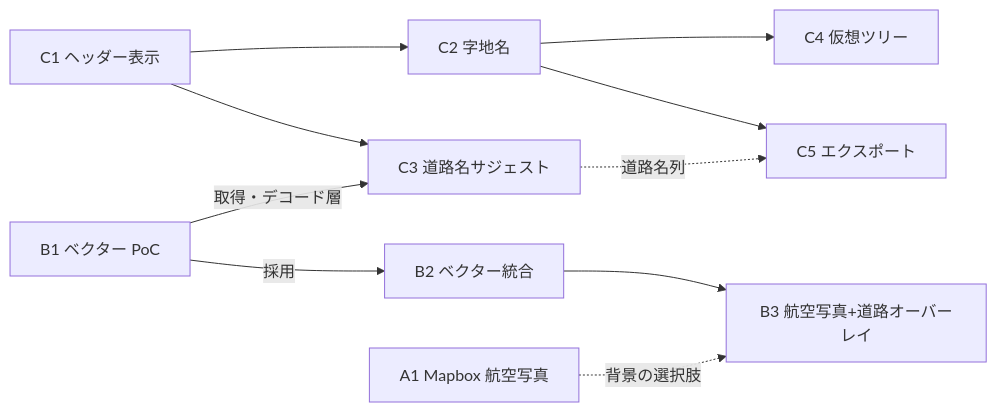
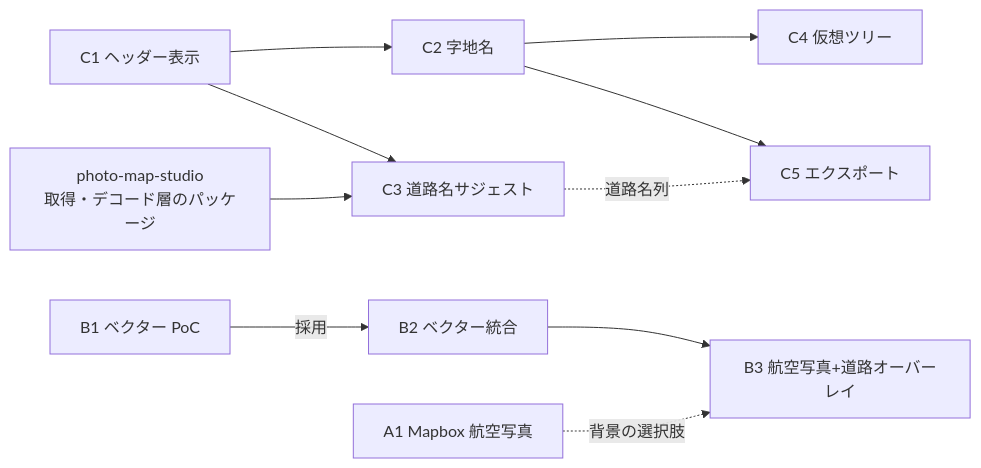
One commit to scottlz0310/PhotoGeoExplorer changed the diagram in docs/Architecture/MapEnhancement/README.md. Above: the diagram before and after it, drawn with Mermaid. The commit also changed other lines of this file and 2 other files, not shown here.

First line of the commit message:
docs(map): レビュー指摘を設計書に反映 (#290)

````diff
--- a/docs/Architecture/MapEnhancement/README.md
+++ b/docs/Architecture/MapEnhancement/README.md
@@ -44,13 +44,13 @@
 ```mermaid
 flowchart LR
     A1[A1 Mapbox 航空写真]
     C1[C1 ヘッダー表示] --> C2[C2 字地名]
     C1 --> C3[C3 道路名サジェスト]
     B1[B1 ベクター PoC] -->|採用| B2[B2 ベクター統合]
-    B1 -->|取得・デコード層| C3
+    PMS[photo-map-studio<br/>取得・デコード層のパッケージ] --> C3
     B2 --> B3[B3 航空写真+道路オーバーレイ]
     A1 -.背景の選択肢.-> B3
     C2 --> C4[C4 仮想ツリー]
     C2 --> C5[C5 エクスポート]
     C3 -.道路名列.-> C5
 ```
````
